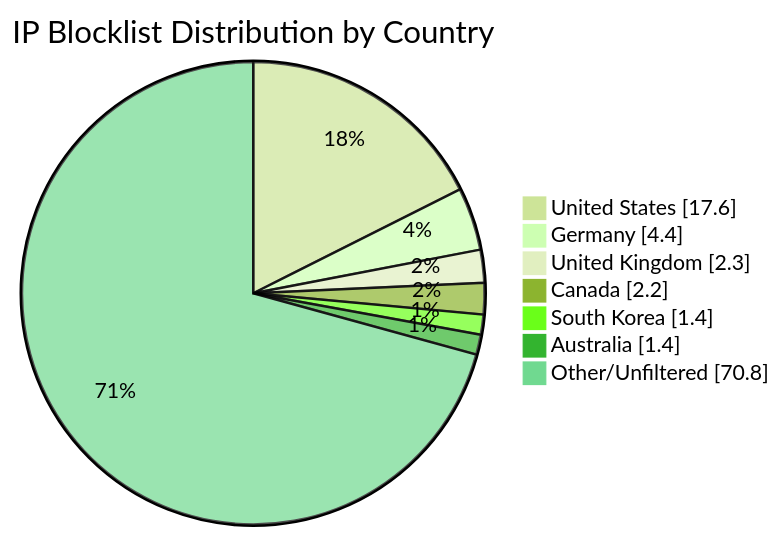
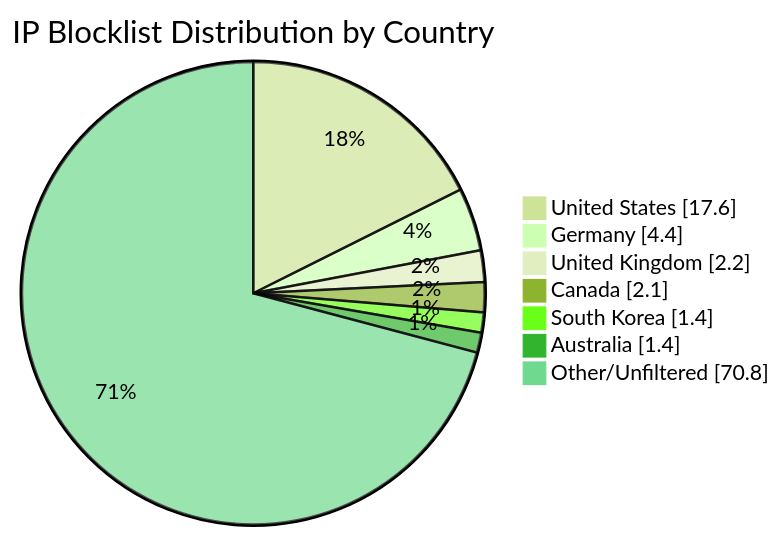
The diagram in README.md (MarcusHoltz/ipblocklist-geofiltered-aggregator), drawn with Mermaid (forest theme) before and after one commit. The commit also changed other lines of this file and 9 other files, not shown here.

````diff
--- a/README.md
+++ b/README.md
@@ -34,10 +34,10 @@
 ```mermaid
 pie showData title IP Blocklist Distribution by Country
 "United States" : 17.6
 "Germany" : 4.4
-"United Kingdom" : 2.3
-"Canada" : 2.2
+"United Kingdom" : 2.2
+"Canada" : 2.1
 "South Korea" : 1.4
 "Australia" : 1.4
 "Other/Unfiltered" : 70.8
 ```
````
